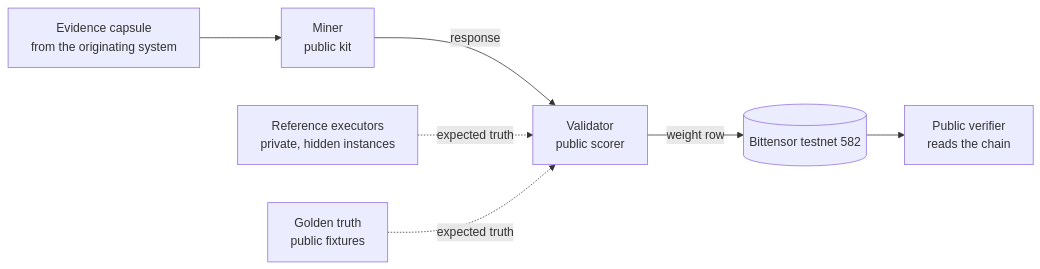
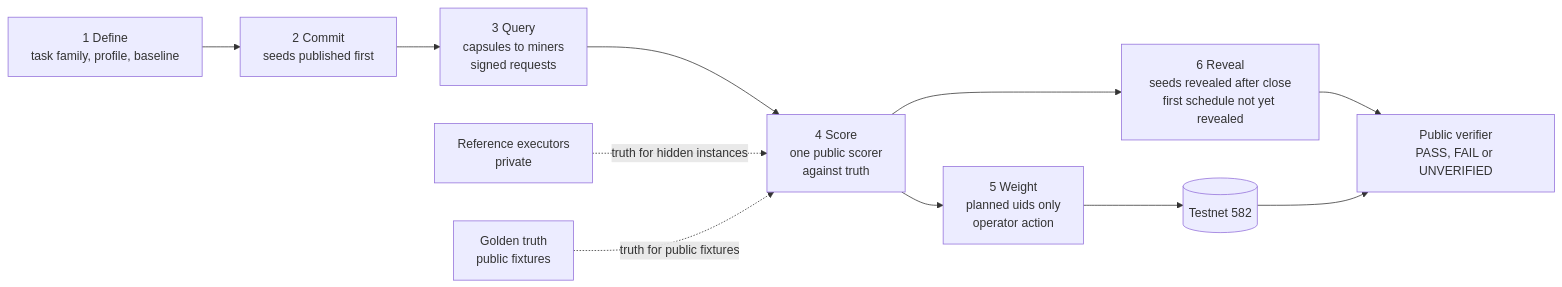
The diagram in README.md (provenonce-ai/sn87-provenonce-public), drawn with Mermaid before and after one commit. The commit also changed other lines of this file and 153 other files, not shown here.

````diff
--- a/README.md
+++ b/README.md
@@ -138,9 +34,13 @@
 ```mermaid
 flowchart LR
-    S[Evidence capsule<br/>from the originating system] --> M[Miner<br/>public kit]
-    M -->|response| V[Validator<br/>public scorer]
-    V -->|weight row| C[(Bittensor testnet 582)]
-    C --> X[Public verifier<br/>reads the chain]
-    R[Reference executors<br/>private, hidden instances] -.->|expected truth| V
-    G[Golden truth<br/>public fixtures] -.->|expected truth| V
+    D["1 Define<br/>task family, profile, baseline"] --> C["2 Commit<br/>seeds published first"]
+    C --> Q["3 Query<br/>capsules to miners<br/>signed requests"]
+    Q --> S["4 Score<br/>one public scorer<br/>against truth"]
+    S --> W["5 Weight<br/>planned uids only<br/>operator action"]
+    S --> R["6 Reveal<br/>seeds revealed after close<br/>first schedule not yet revealed"]
+    W --> CH[("Testnet 582")]
+    R --> V["Public verifier<br/>PASS, FAIL or UNVERIFIED"]
+    CH --> V
+    X["Reference executors<br/>private"] -.->|"truth for hidden instances"| S
+    G["Golden truth<br/>public fixtures"] -.->|"truth for public fixtures"| S
 ```
````
